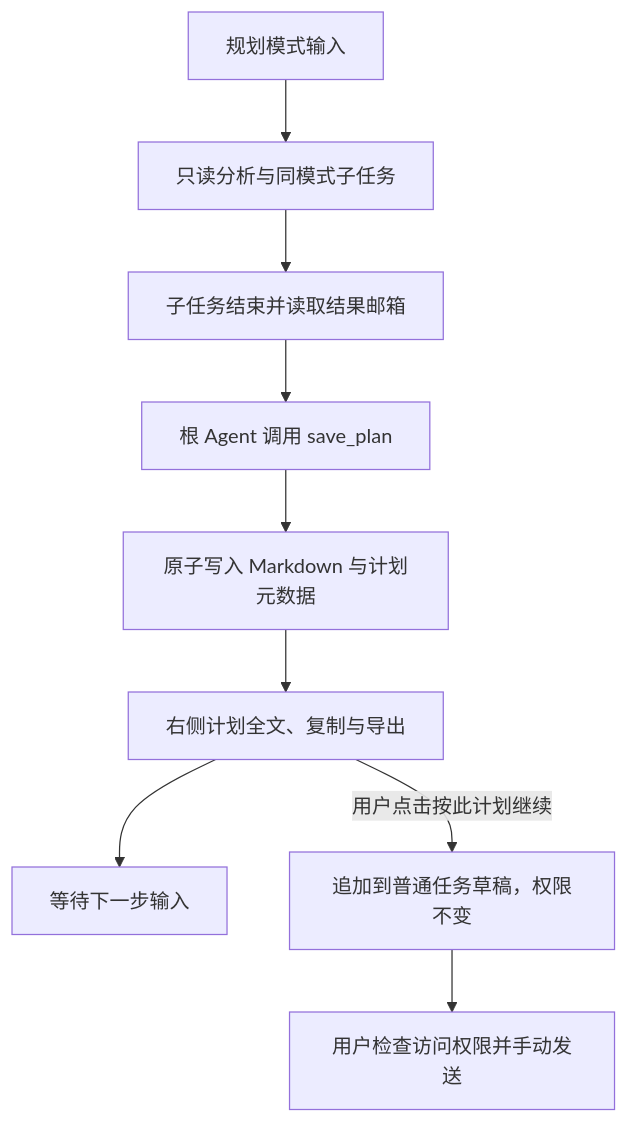
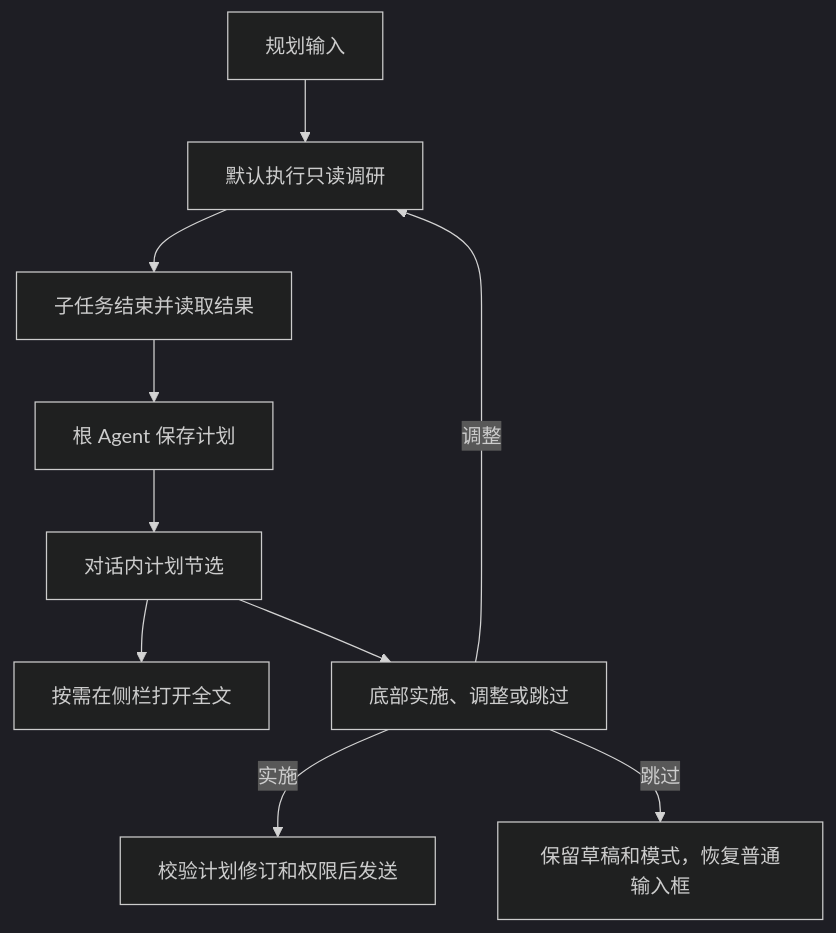
One commit to xidongdong-153/Pi-meme changed the third of 4 diagrams in docs/sessions.md. Above: the diagram before and after it, drawn with Mermaid. The commit also changed other lines of this file and 43 other files, not shown here.

````diff
--- a/docs/sessions.md
+++ b/docs/sessions.md
@@ -174,11 +180,13 @@
 ```mermaid
+%%{init: {"theme": "dark"}}%%
 flowchart TD
-  Input["规划模式输入"] --> Read["只读分析与同模式子任务"]
-  Read --> Wait["子任务结束并读取结果邮箱"]
-  Wait --> Save["根 Agent 调用 save_plan"]
-  Save --> File["原子写入 Markdown 与计划元数据"]
-  File --> Panel["右侧计划全文、复制与导出"]
-  Panel --> Next["等待下一步输入"]
-  Panel -->|用户点击按此计划继续| Draft["追加到普通任务草稿，权限不变"]
-  Draft --> Confirm["用户检查访问权限并手动发送"]
+  Input["规划输入"] --> Research["默认执行只读调研"]
+  Research --> Wait["子任务结束并读取结果"]
+  Wait --> Save["根 Agent 保存计划"]
+  Save --> Card["对话内计划节选"]
+  Card --> Full["按需在侧栏打开全文"]
+  Card --> Decision["底部实施、调整或跳过"]
+  Decision -->|实施| Run["校验计划修订和权限后发送"]
+  Decision -->|调整| Research
+  Decision -->|跳过| Draft["保留草稿和模式，恢复普通输入框"]
 ```
````
